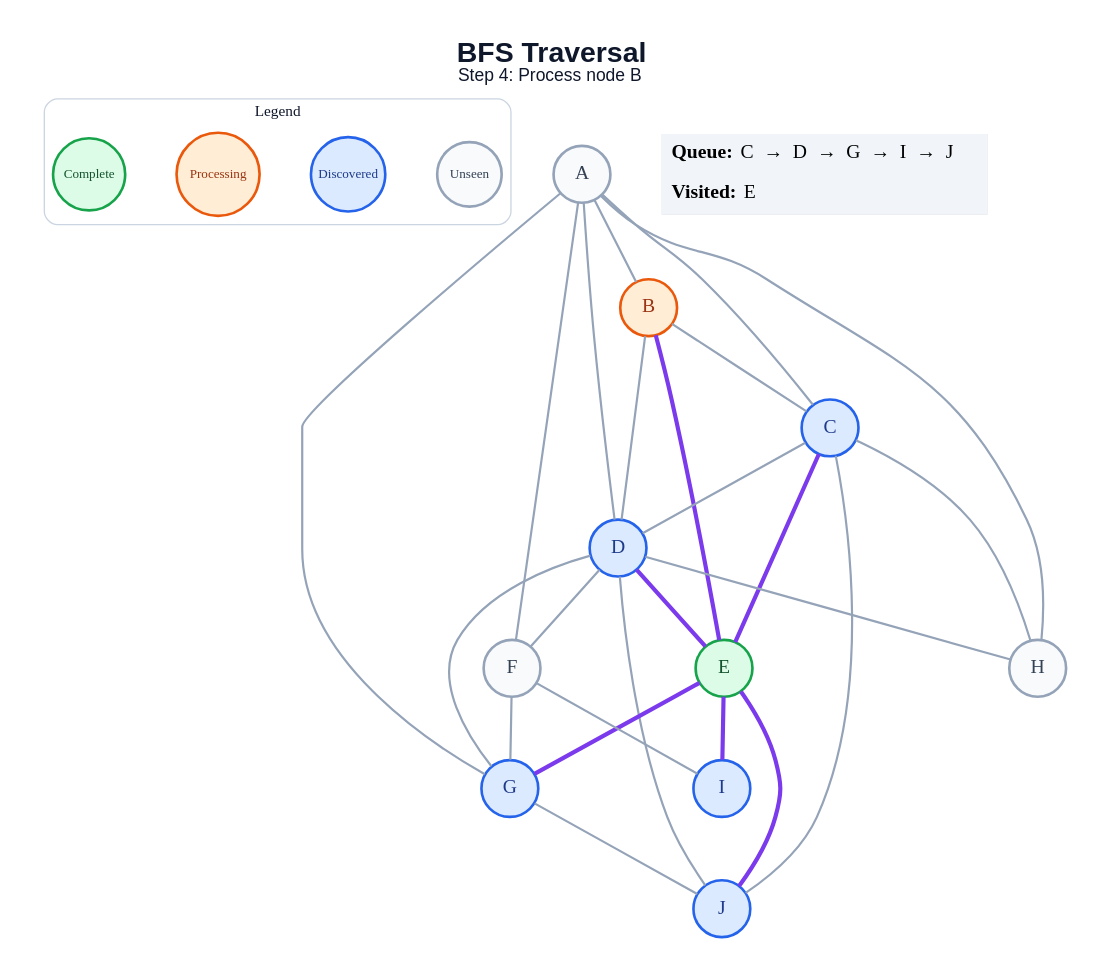
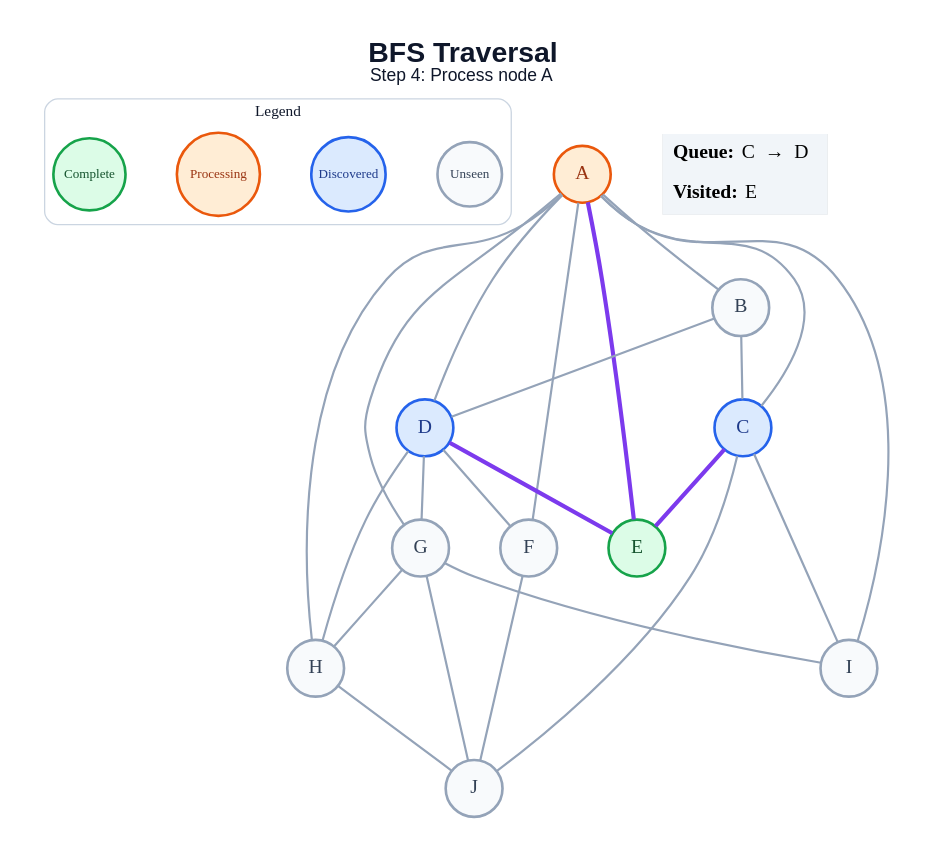
One commit to amanghodawala9/ai-slop changed the diagram in generated/specific-node/bfs/step_04.dot. Above: the diagram before and after it, drawn with Graphviz. The commit also changed 178 other files, not shown here.

```diff
--- a/generated/specific-node/bfs/step_04.dot
+++ b/generated/specific-node/bfs/step_04.dot
@@ -1,53 +1,51 @@
 graph traversal {
   graph [layout=dot, rankdir=TB, bgcolor="#FFFFFF", pad="0.35", nodesep="0.65", ranksep="0.8", fontname="Arial"];
   node [shape=circle, style="filled", fontname="Arial Bold", fontsize=18, width=0.72, fixedsize=true, penwidth=2.4];
   edge [color="#94A3B8", penwidth=2.0];
-  label=<<B>BFS Traversal</B><BR/><FONT POINT-SIZE="16">Step 4: Process node B</FONT>>; labelloc="t"; fontsize=26; fontname="Arial"; fontcolor="#0F172A";
+  label=<<B>BFS Traversal</B><BR/><FONT POINT-SIZE="16">Step 4: Process node A</FONT>>; labelloc="t"; fontsize=26; fontname="Arial"; fontcolor="#0F172A";
   subgraph cluster_legend { label="Legend"; color="#CBD5E1"; penwidth=1.2; style="rounded"; fontsize=14; fontname="Arial Bold";
     key_unseen [label="Unseen", fillcolor="#F8FAFC", color="#94A3B8", fontcolor="#334155", fontsize=12, width=0.82];
     key_frontier [label="Discovered", fillcolor="#DBEAFE", color="#2563EB", fontcolor="#1E3A8A", fontsize=12, width=0.95];
     key_current [label="Processing", fillcolor="#FFEDD5", color="#EA580C", fontcolor="#9A3412", fontsize=12, width=1.05];
     key_done [label="Complete", fillcolor="#DCFCE7", color="#16A34A", fontcolor="#14532D", fontsize=12, width=0.92];
     { rank=same; key_unseen; key_frontier; key_current; key_done; }
   }
-  A [fillcolor="#F8FAFC", color="#94A3B8", fontcolor="#334155"];
-  B [fillcolor="#FFEDD5", color="#EA580C", fontcolor="#9A3412"];
+  A [fillcolor="#FFEDD5", color="#EA580C", fontcolor="#9A3412"];
+  B [fillcolor="#F8FAFC", color="#94A3B8", fontcolor="#334155"];
   C [fillcolor="#DBEAFE", color="#2563EB", fontcolor="#1E3A8A"];
   D [fillcolor="#DBEAFE", color="#2563EB", fontcolor="#1E3A8A"];
   E [fillcolor="#DCFCE7", color="#16A34A", fontcolor="#14532D"];
   F [fillcolor="#F8FAFC", color="#94A3B8", fontcolor="#334155"];
-  G [fillcolor="#DBEAFE", color="#2563EB", fontcolor="#1E3A8A"];
+  G [fillcolor="#F8FAFC", color="#94A3B8", fontcolor="#334155"];
   H [fillcolor="#F8FAFC", color="#94A3B8", fontcolor="#334155"];
-  I [fillcolor="#DBEAFE", color="#2563EB", fontcolor="#1E3A8A"];
-  J [fillcolor="#DBEAFE", color="#2563EB", fontcolor="#1E3A8A"];
+  I [fillcolor="#F8FAFC", color="#94A3B8", fontcolor="#334155"];
+  J [fillcolor="#F8FAFC", color="#94A3B8", fontcolor="#334155"];
   A -- B;
   A -- C;
   A -- D;
+  A -- E [color="#7C3AED", penwidth=3.8];
   A -- F;
   A -- G;
   A -- H;
+  A -- I;
   B -- C;
   B -- D;
-  B -- E [color="#7C3AED", penwidth=3.8];
-  C -- D;
   C -- E [color="#7C3AED", penwidth=3.8];
-  C -- H;
+  C -- I;
   C -- J;
   D -- E [color="#7C3AED", penwidth=3.8];
   D -- F;
   D -- G;
   D -- H;
-  D -- J;
-  E -- G [color="#7C3AED", penwidth=3.8];
-  E -- I [color="#7C3AED", penwidth=3.8];
-  E -- J [color="#7C3AED", penwidth=3.8];
-  F -- G;
-  F -- I;
+  F -- J;
+  G -- H;
+  G -- I;
   G -- J;
+  H -- J;
   status [shape=plain, fixedsize=false, width=0, height=0, margin=0, label=<
     <TABLE BORDER="0" CELLBORDER="0" CELLPADDING="7" BGCOLOR="#F1F5F9">
-      <TR><TD ALIGN="LEFT"><B>Queue:</B> C  →  D  →  G  →  I  →  J</TD></TR>
+      <TR><TD ALIGN="LEFT"><B>Queue:</B> C  →  D</TD></TR>
       <TR><TD ALIGN="LEFT"><B>Visited:</B> E</TD></TR>
     </TABLE>
   >];
 }
```
